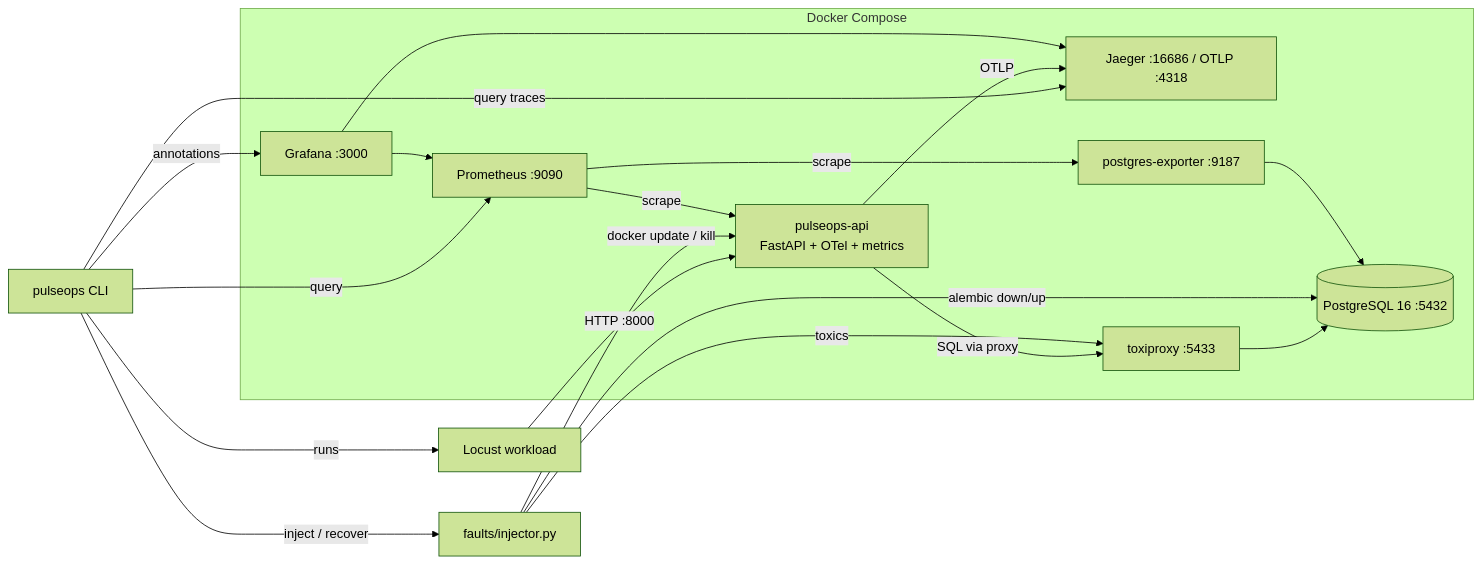
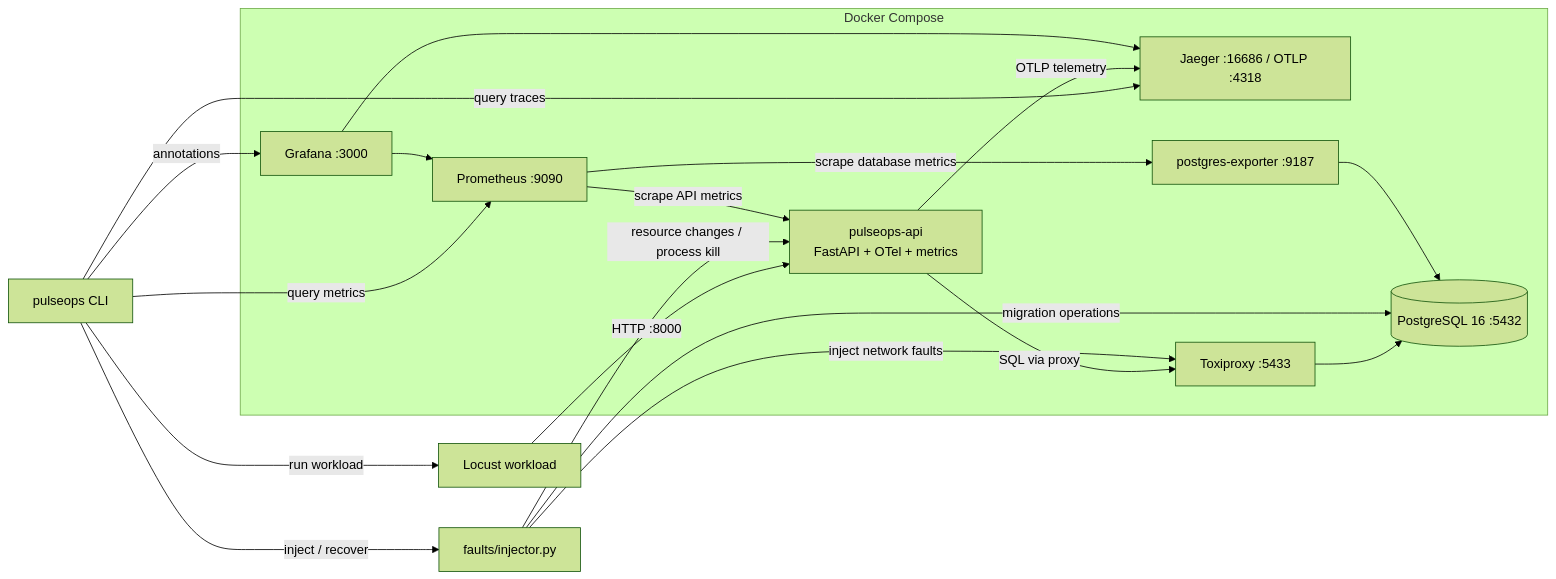
Before and after one commit to Mr-Indora/pulseops: the diagram in README.md, drawn with Mermaid (forest theme). The commit also changed other lines of this file, not shown here.

````diff
--- a/README.md
+++ b/README.md
@@ -10,27 +17,29 @@
 ```mermaid
 flowchart LR
-  L[Locust workload] -->|HTTP :8000| API
-  CLI[pulseops CLI] -->|inject / recover| F[faults/injector.py]
-  CLI -->|query| PROM
-  CLI -->|query traces| JG
-  CLI -->|annotations| GF
-  CLI -->|runs| L
-  subgraph Compose[Docker Compose]
-    API[pulseops-api<br/>FastAPI + OTel + metrics]
-    TP[toxiproxy :5433]
-    PG[(PostgreSQL 16 :5432)]
-    PE[postgres-exporter :9187]
-    PROM[Prometheus :9090]
-    GF[Grafana :3000]
-    JG[Jaeger :16686 / OTLP :4318]
-  end
-  API -->|SQL via proxy| TP --> PG
-  F -->|toxics| TP
-  F -->|docker update / kill| API
-  F -->|alembic down/up| PG
-  PROM -->|scrape| API
-  PROM -->|scrape| PE --> PG
-  API -->|OTLP| JG
-  GF --> PROM
-  GF --> JG
+    L[Locust workload] -->|HTTP :8000| API
+    CLI[pulseops CLI] -->|inject / recover| F[faults/injector.py]
+    CLI -->|query metrics| PROM
+    CLI -->|query traces| JG
+    CLI -->|annotations| GF
+    CLI -->|run workload| L
+
+    subgraph Compose[Docker Compose]
+        API[pulseops-api<br/>FastAPI + OTel + metrics]
+        TP[Toxiproxy :5433]
+        PG[(PostgreSQL 16 :5432)]
+        PE[postgres-exporter :9187]
+        PROM[Prometheus :9090]
+        GF[Grafana :3000]
+        JG[Jaeger :16686 / OTLP :4318]
+    end
+
+    API -->|SQL via proxy| TP --> PG
+    F -->|inject network faults| TP
+    F -->|resource changes / process kill| API
+    F -->|migration operations| PG
+    PROM -->|scrape API metrics| API
+    PROM -->|scrape database metrics| PE --> PG
+    API -->|OTLP telemetry| JG
+    GF --> PROM
+    GF --> JG
 ```
````
